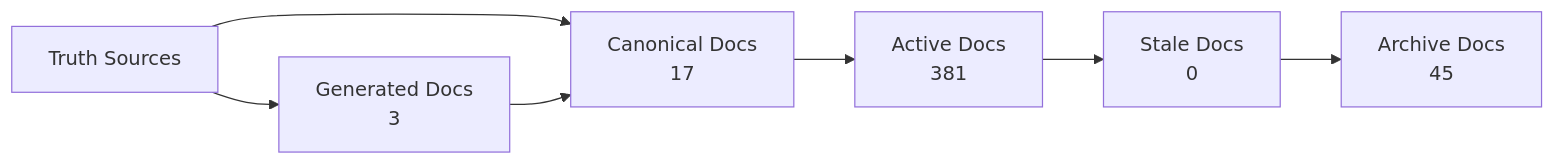
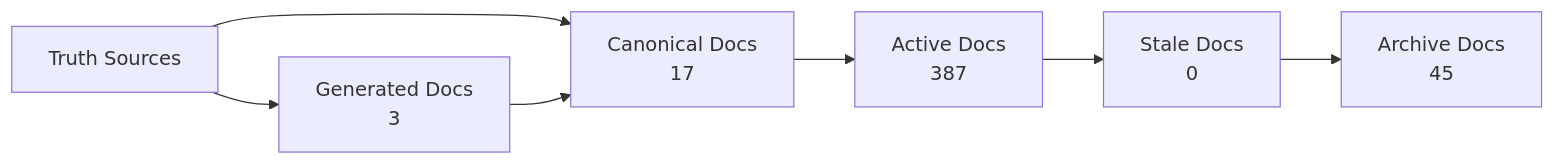
One commit to Latimer-Woods-Tech/Factory changed the diagram in docs/_generated/docs-trust-map.md. Above: the diagram before and after it, drawn with Mermaid. The commit also changed other lines of this file and 14 other files, not shown here.

````diff
--- a/docs/_generated/docs-trust-map.md
+++ b/docs/_generated/docs-trust-map.md
@@ -20,14 +20,14 @@
 ```mermaid
 flowchart LR
   truth["Truth Sources"] --> canonical["Canonical Docs"]
   canonical --> active["Active Docs"]
   active --> stale["Stale Docs"]
   stale --> archive["Archive Docs"]
   canonical["Canonical Docs\n17"]
-  active["Active Docs\n381"]
+  active["Active Docs\n387"]
   stale["Stale Docs\n0"]
   archive["Archive Docs\n45"]
   generated["Generated Docs\n3"]
   truth --> generated
   generated --> canonical
 ```
````
